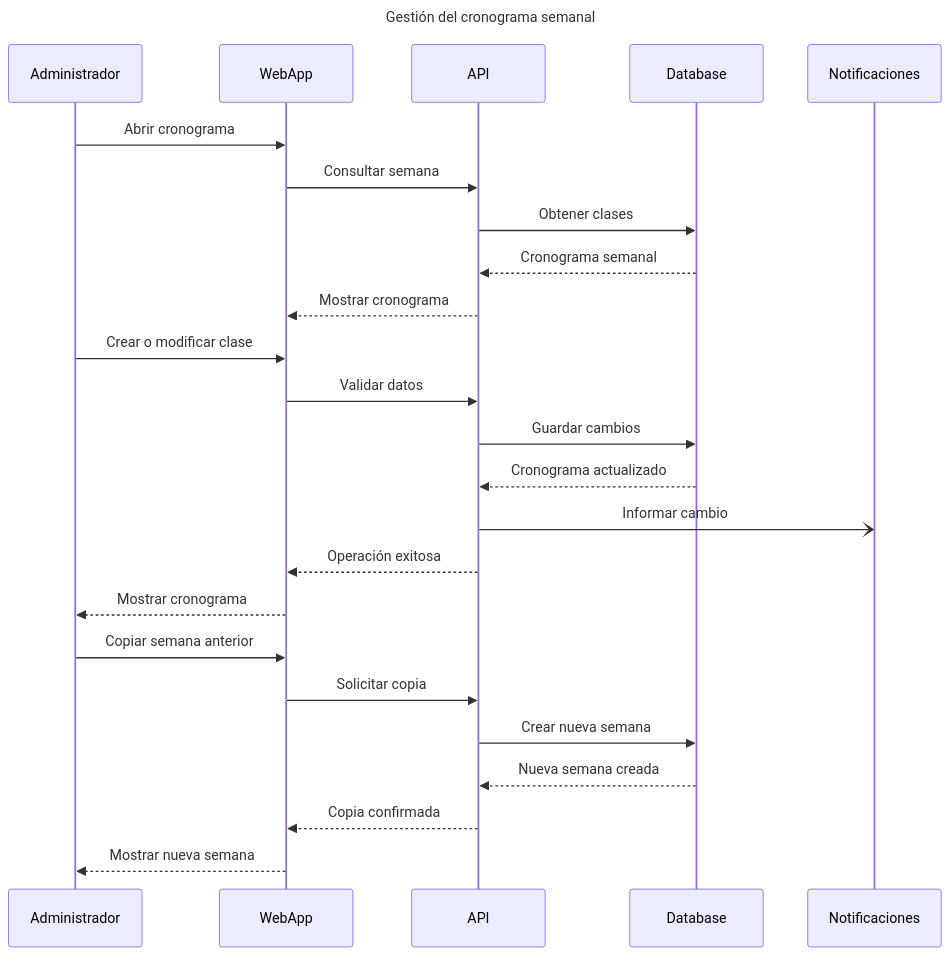
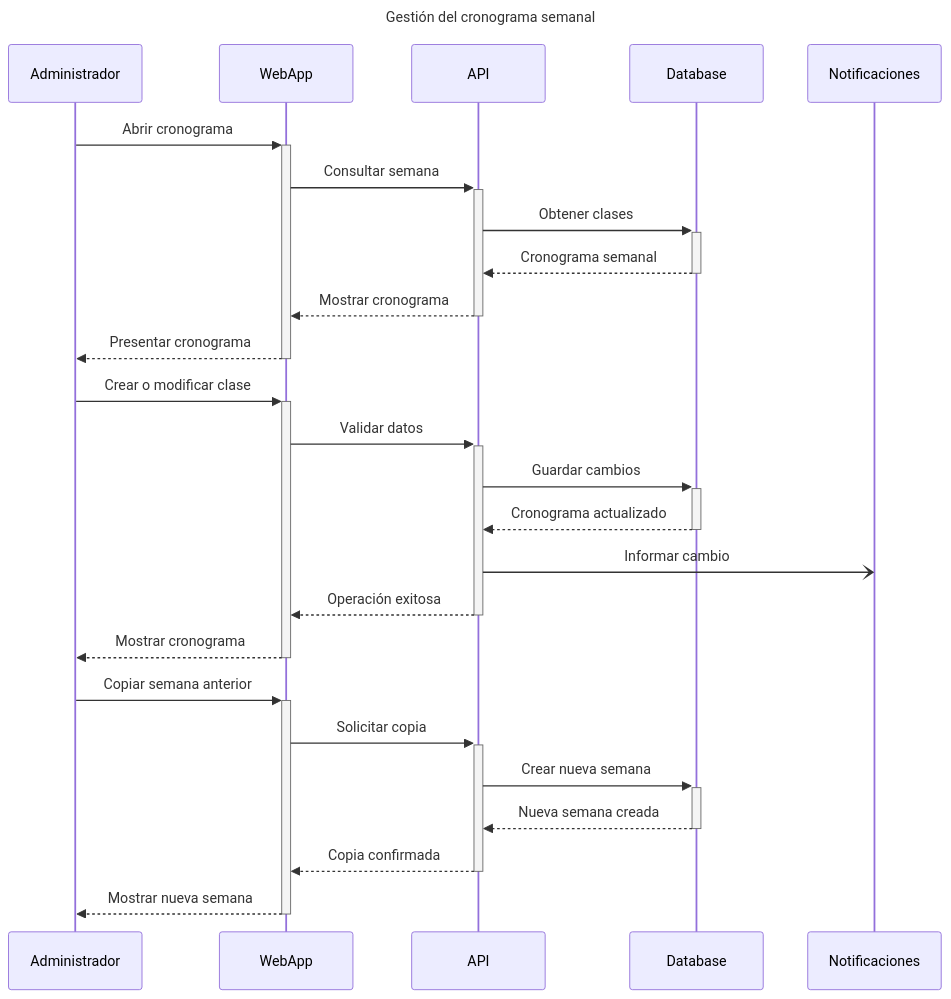
Before and after one commit to MTeamOrg/M-Team: the fifth of 6 diagrams in docs/diagramas-de-secuencia.md, drawn with Mermaid. The commit also changed other lines of this file, not shown here.

Commit message:
docs: add activation bars to sequence diagrams

````diff
--- a/docs/diagramas-de-secuencia.md
+++ b/docs/diagramas-de-secuencia.md
@@ -129,28 +134,29 @@
 ```mermaid
 sequenceDiagram
     title Gestión del cronograma semanal
     participant Administrador
     participant WebApp
     participant API
     participant Database
     participant Notificaciones
 
-    Administrador->>WebApp: Abrir cronograma
-    WebApp->>API: Consultar semana
-    API->>Database: Obtener clases
-    Database-->>API: Cronograma semanal
-    API-->>WebApp: Mostrar cronograma
-    Administrador->>WebApp: Crear o modificar clase
-    WebApp->>API: Validar datos
-    API->>Database: Guardar cambios
-    Database-->>API: Cronograma actualizado
+    Administrador->>+WebApp: Abrir cronograma
+    WebApp->>+API: Consultar semana
+    API->>+Database: Obtener clases
+    Database-->>-API: Cronograma semanal
+    API-->>-WebApp: Mostrar cronograma
+    WebApp-->>-Administrador: Presentar cronograma
+    Administrador->>+WebApp: Crear o modificar clase
+    WebApp->>+API: Validar datos
+    API->>+Database: Guardar cambios
+    Database-->>-API: Cronograma actualizado
     API-)Notificaciones: Informar cambio
-    API-->>WebApp: Operación exitosa
-    WebApp-->>Administrador: Mostrar cronograma
-    Administrador->>WebApp: Copiar semana anterior
-    WebApp->>API: Solicitar copia
-    API->>Database: Crear nueva semana
-    Database-->>API: Nueva semana creada
-    API-->>WebApp: Copia confirmada
-    WebApp-->>Administrador: Mostrar nueva semana
+    API-->>-WebApp: Operación exitosa
+    WebApp-->>-Administrador: Mostrar cronograma
+    Administrador->>+WebApp: Copiar semana anterior
+    WebApp->>+API: Solicitar copia
+    API->>+Database: Crear nueva semana
+    Database-->>-API: Nueva semana creada
+    API-->>-WebApp: Copia confirmada
+    WebApp-->>-Administrador: Mostrar nueva semana
 ```
````
